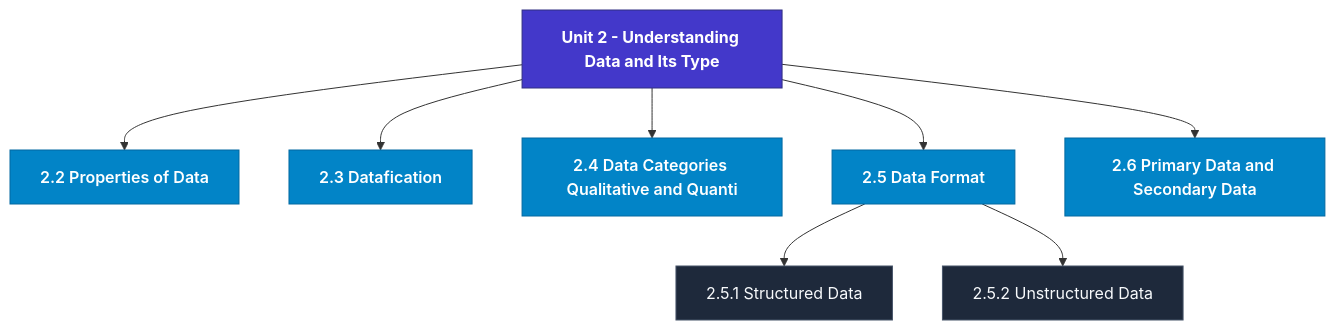
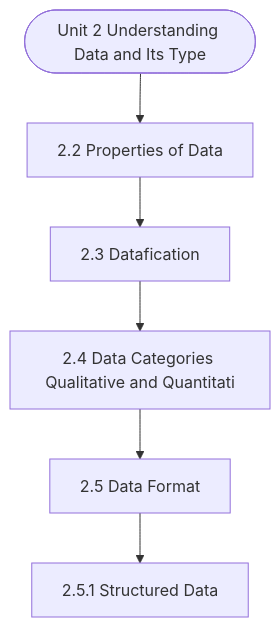
One commit to Asutosh-Coaching/mscdsa changed the diagram in notes/Semester_1/MCS-062_Introduction_to_Data_Science/unit_02_Understanding_Data_and_Its_Type.md. Above: the diagram before and after it, drawn with Mermaid. The commit also changed other lines of this file and 115 other files, not shown here.

Commit message:
Fix Mermaid layout for mobile, isolate LaTeX delimiters, and add GitHub Pages reader

````diff
--- a/notes/Semester_1/MCS-062_Introduction_to_Data_Science/unit_02_Understanding_Data_and_Its_Type.md
+++ b/notes/Semester_1/MCS-062_Introduction_to_Data_Science/unit_02_Understanding_Data_and_Its_Type.md
@@ -19,23 +19,14 @@
 ```mermaid
 flowchart TD
-  %% Styling Definitions
-  classDef head fill:#4338ca,stroke:#312e81,color:#ffffff,font-weight:bold;
-  classDef topic fill:#0284c7,stroke:#0369a1,color:#ffffff,font-weight:600;
-  classDef sub fill:#1e293b,stroke:#475569,color:#f8fafc;
-
-  Root["Unit 2 - Understanding Data and Its Type"]:::head
-  M1["2.2 Properties of Data"]:::topic
-  Root --> M1
-  M2["2.3 Datafication"]:::topic
-  Root --> M2
-  M3["2.4 Data Categories Qualitative and Quanti"]:::topic
-  Root --> M3
-  M4["2.5 Data Format"]:::topic
-  Root --> M4
-  M4_1["2.5.1 Structured Data"]:::sub
-  M4 --> M4_1
-  M4_2["2.5.2 Unstructured Data"]:::sub
-  M4 --> M4_2
-  M5["2.6 Primary Data and Secondary Data"]:::topic
-  Root --> M5
+  Start(["Unit 2 Understanding Data and Its Type"])
+  N1["2.2 Properties of Data"]
+  N2["2.3 Datafication"]
+  N3["2.4 Data Categories Qualitative and Quantitati"]
+  N4["2.5 Data Format"]
+  N5["2.5.1 Structured Data"]
+  Start --> N1
+  N1 --> N2
+  N2 --> N3
+  N3 --> N4
+  N4 --> N5
 ```
````
